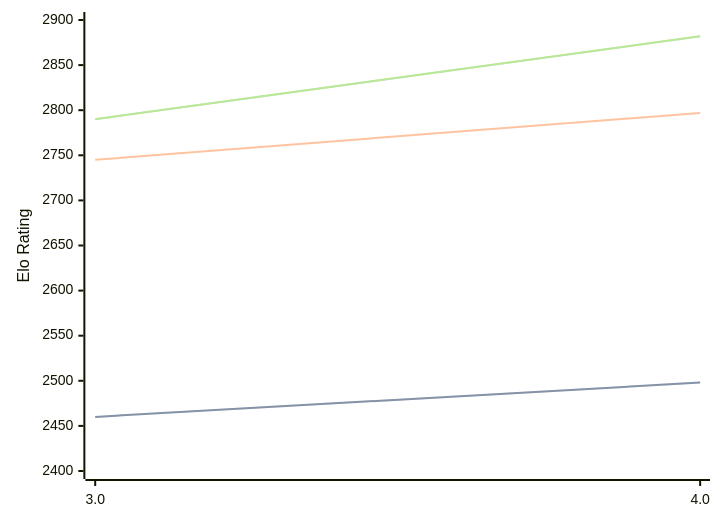
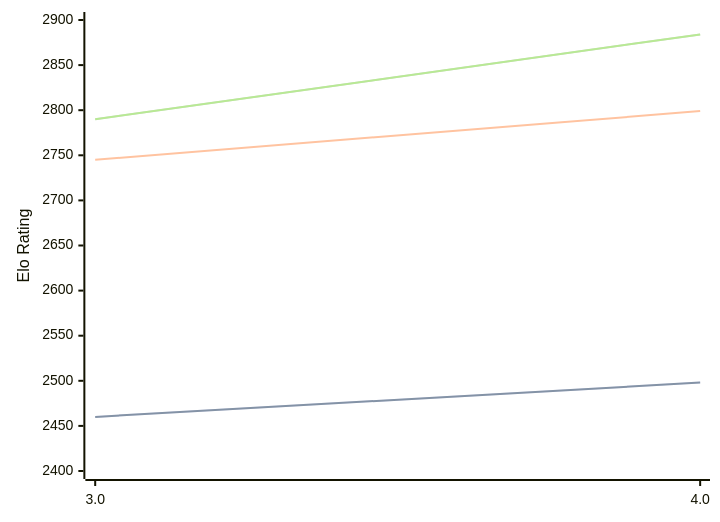
Before and after one commit to computer-chess-index/cci: the diagram in engines/Chess3.md, drawn with Mermaid. The commit also changed other lines of this file, not shown here.

Commit message:
Update CCI Ratings (ELO VLTC) - 2026-07-31

````diff
--- a/engines/Chess3.md
+++ b/engines/Chess3.md
@@ -34,11 +34,11 @@
 ```mermaid
 %%{init: {"theme":"base","themeVariables":{"seriesColors:['#a3a3a3','#222221','#faa371']}}}%%
 xychart-beta
   x-axis ["3.0", "4.0"]
   y-axis "Elo Rating" 2400 --> 2900
   line "STC (8.0+0.08s)" [2460, 2498]
   line "STC (8.0+0.08s)" [2460, 2498]
-  line "LTC (60.0+0.60s)" [2745, 2797]
-  line "VLTC (2m24s+1.12s)" [2790, 2882]
-  line "VLTC (2m24s+1.12s)" [2790, 2882]
+  line "LTC (60.0+0.60s)" [2745, 2799]
+  line "VLTC (2m24s+1.12s)" [2790, 2884]
+  line "VLTC (2m24s+1.12s)" [2790, 2884]
 ```
````
